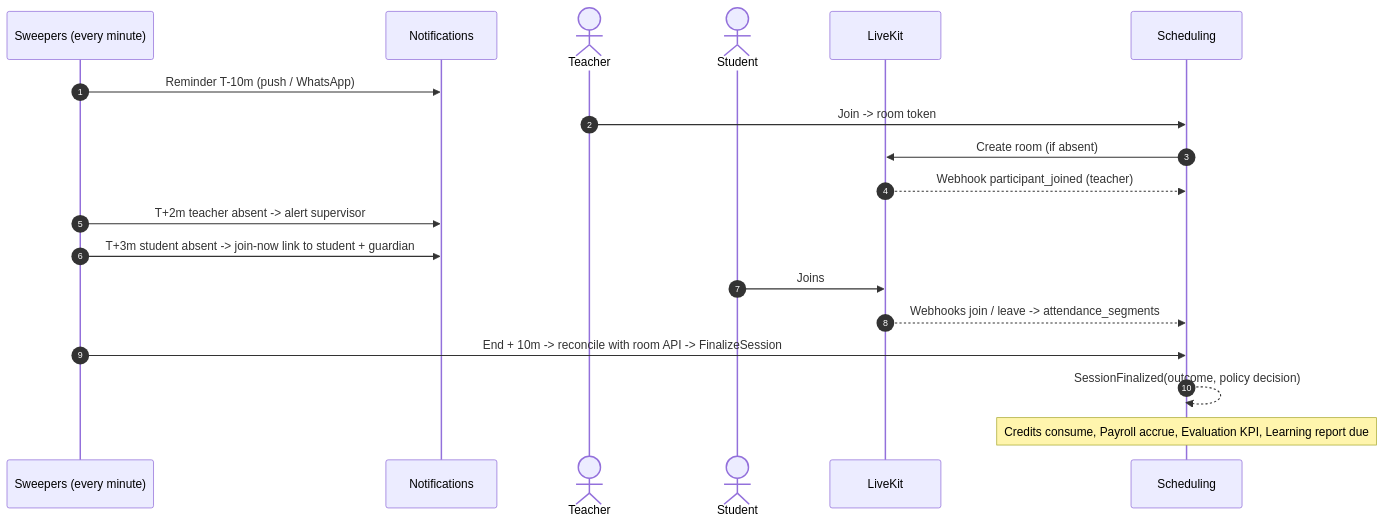
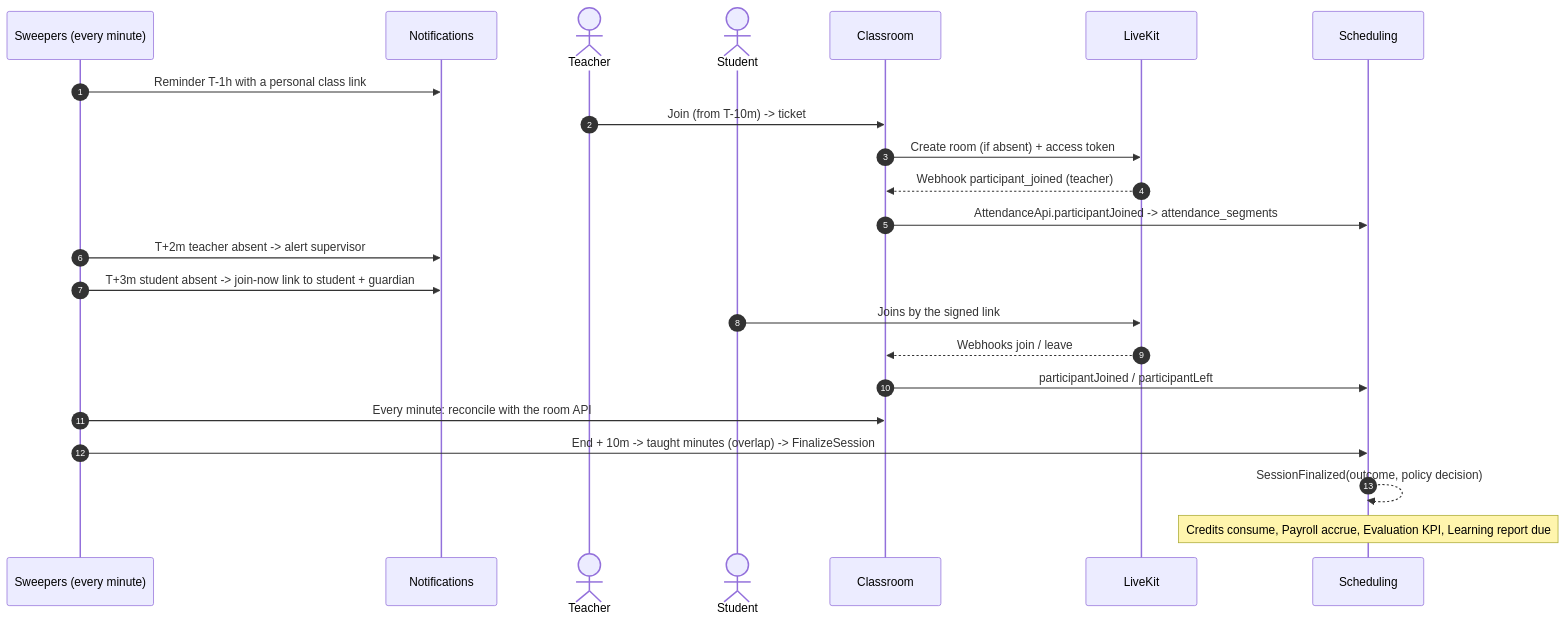
One commit to Mahmoud-Elgonidi/academy-lms changed the third of 8 diagrams in docs/architecture/01-features.md. Above: the diagram before and after it, drawn with Mermaid. The commit also changed other lines of this file and 85 other files, not shown here.

````diff
--- a/docs/architecture/01-features.md
+++ b/docs/architecture/01-features.md
@@ -357,21 +379,25 @@
 ```mermaid
 sequenceDiagram
     autonumber
     participant J as Sweepers (every minute)
     participant N as Notifications
     actor T as Teacher
     actor St as Student
+    participant CL as Classroom
     participant V as LiveKit
     participant SC as Scheduling
-    J->>N: Reminder T-10m (push / WhatsApp)
-    T->>SC: Join -> room token
-    SC->>V: Create room (if absent)
-    V-->>SC: Webhook participant_joined (teacher)
+    J->>N: Reminder T-1h with a personal class link
+    T->>CL: Join (from T-10m) -> ticket
+    CL->>V: Create room (if absent) + access token
+    V-->>CL: Webhook participant_joined (teacher)
+    CL->>SC: AttendanceApi.participantJoined -> attendance_segments
     J->>N: T+2m teacher absent -> alert supervisor
     J->>N: T+3m student absent -> join-now link to student + guardian
-    St->>V: Joins
-    V-->>SC: Webhooks join / leave -> attendance_segments
-    J->>SC: End + 10m -> reconcile with room API -> FinalizeSession
+    St->>V: Joins by the signed link
+    V-->>CL: Webhooks join / leave
+    CL->>SC: participantJoined / participantLeft
+    J->>CL: Every minute: reconcile with the room API
+    J->>SC: End + 10m -> taught minutes (overlap) -> FinalizeSession
     SC-->>SC: SessionFinalized(outcome, policy decision)
     Note over SC: Credits consume, Payroll accrue, Evaluation KPI, Learning report due
 ```
````
